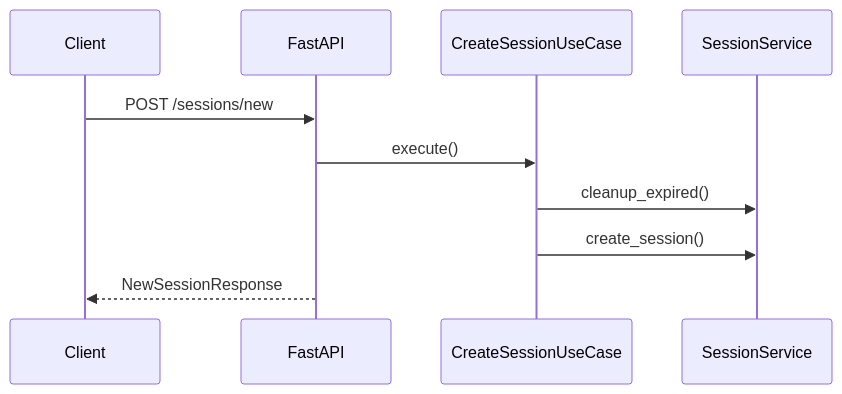
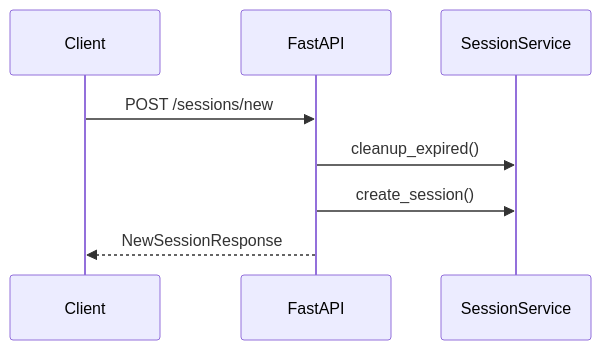
One commit to ktakanopy/appointment-bot changed the second of 3 diagrams in docs/architecture.md. Above: the diagram before and after it, drawn with Mermaid. The commit also changed other lines of this file and 98 other files, not shown here.

First line of the commit message:
Simplify runtime architecture and align delivery docs.

````diff
--- a/docs/architecture.md
+++ b/docs/architecture.md
@@ -139,13 +118,11 @@
 ```mermaid
 sequenceDiagram
     participant client as Client
     participant api as FastAPI
-    participant uc as CreateSessionUseCase
     participant sessionSvc as SessionService
 
     client->>api: POST /sessions/new
-    api->>uc: execute()
-    uc->>sessionSvc: cleanup_expired()
-    uc->>sessionSvc: create_session()
+    api->>sessionSvc: cleanup_expired()
+    api->>sessionSvc: create_session()
     api-->>client: NewSessionResponse
 ```
````
